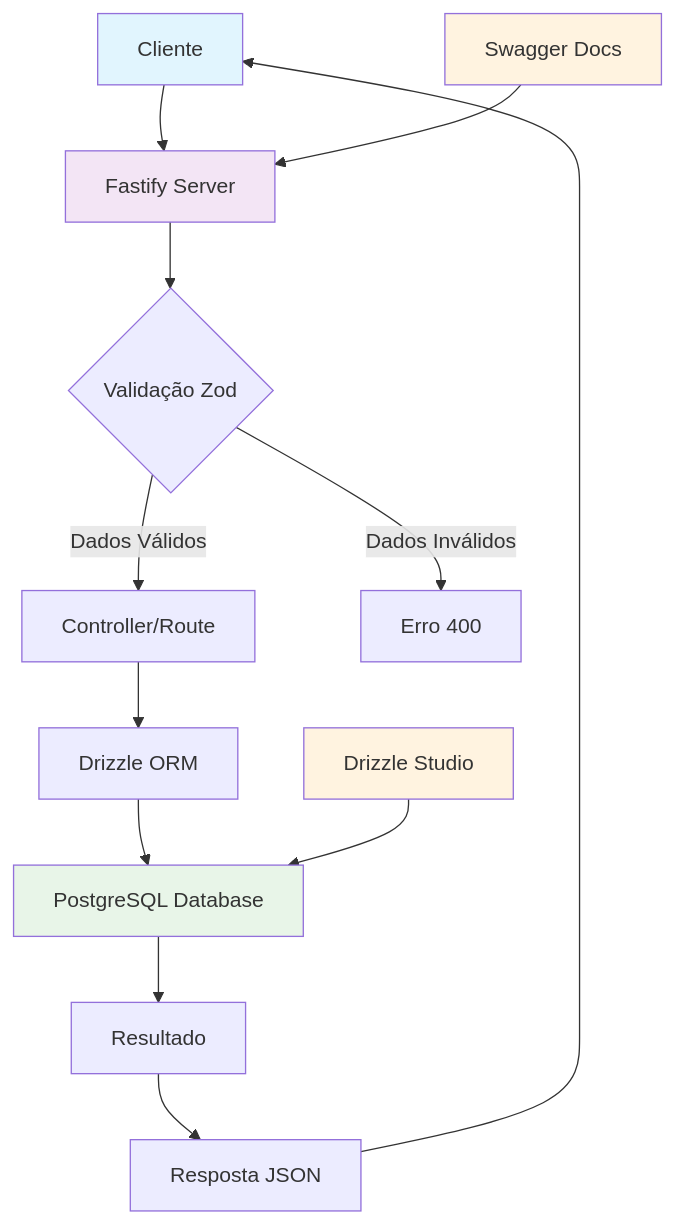
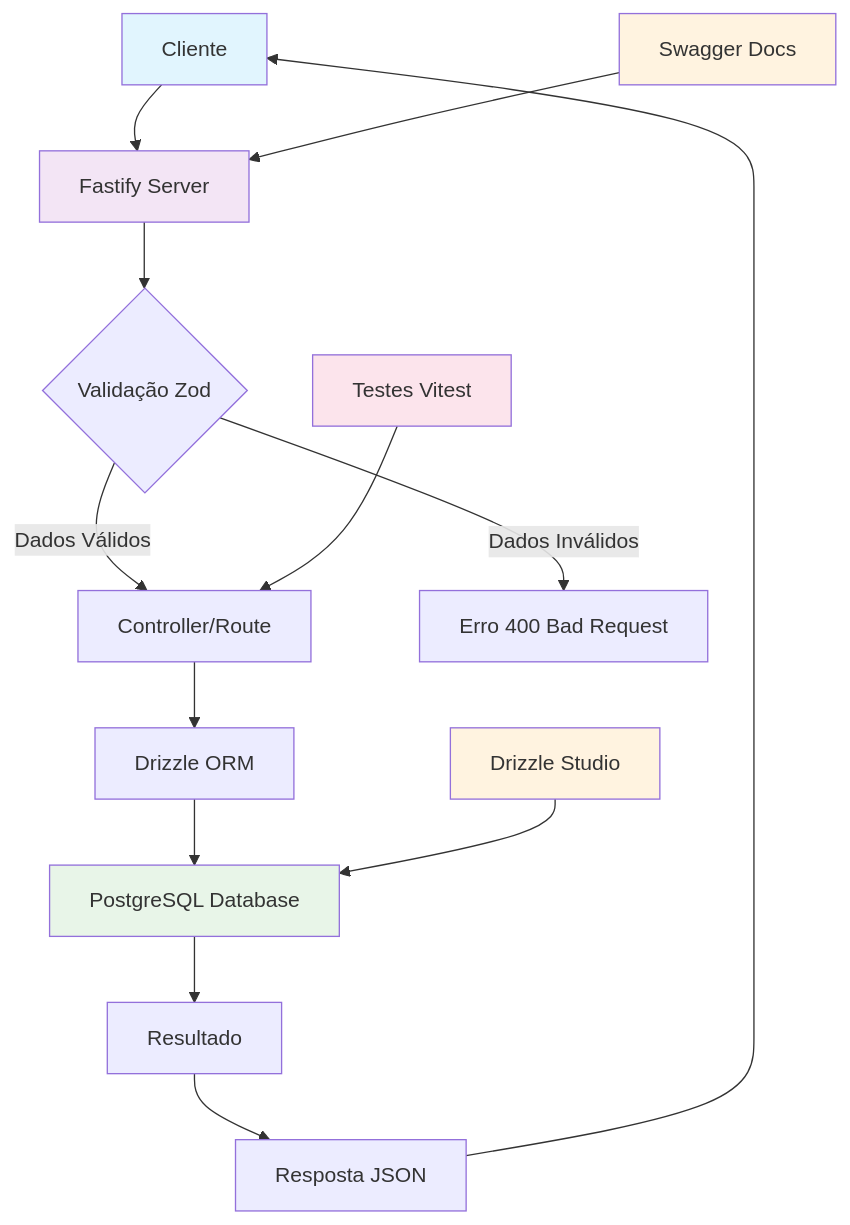
The diagram in README.md (duizz/desafio-nodeJs), drawn with Mermaid before and after one commit. The commit also changed other lines of this file and 27 other files, not shown here.

````diff
--- a/README.md
+++ b/README.md
@@ -26,21 +44,23 @@
 ```mermaid
 graph TD
     A[Cliente] --> B[Fastify Server]
     B --> C{Validação Zod}
     C -->|Dados Válidos| D[Controller/Route]
-    C -->|Dados Inválidos| E[Erro 400]
+    C -->|Dados Inválidos| E[Erro 400 Bad Request]
     D --> F[Drizzle ORM]
     F --> G[PostgreSQL Database]
     G --> H[Resultado]
     H --> I[Resposta JSON]
     I --> A
     
     J[Swagger Docs] --> B
     K[Drizzle Studio] --> G
+    L[Testes Vitest] --> D
     
     style A fill:#e1f5fe
     style B fill:#f3e5f5
     style G fill:#e8f5e8
     style J fill:#fff3e0
     style K fill:#fff3e0
+    style L fill:#fce4ec
 ```
````
